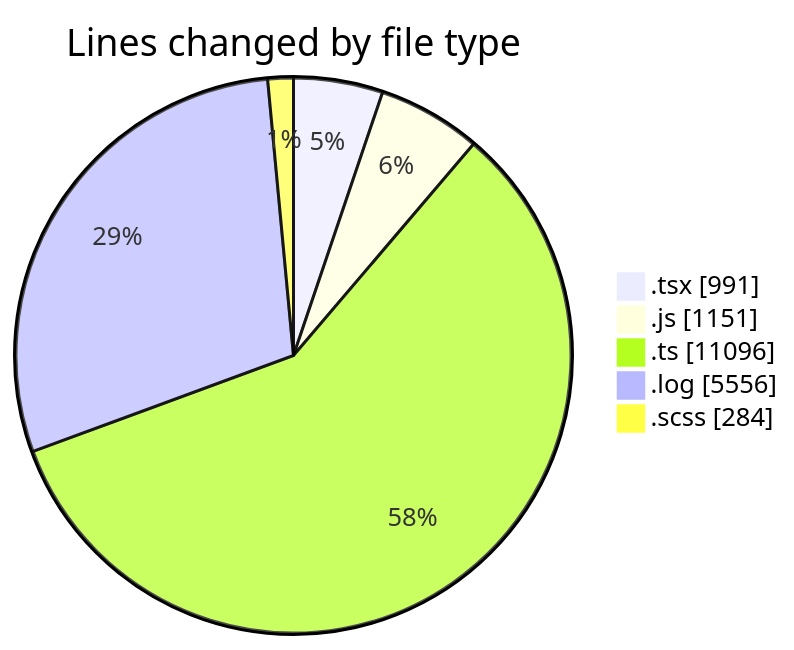
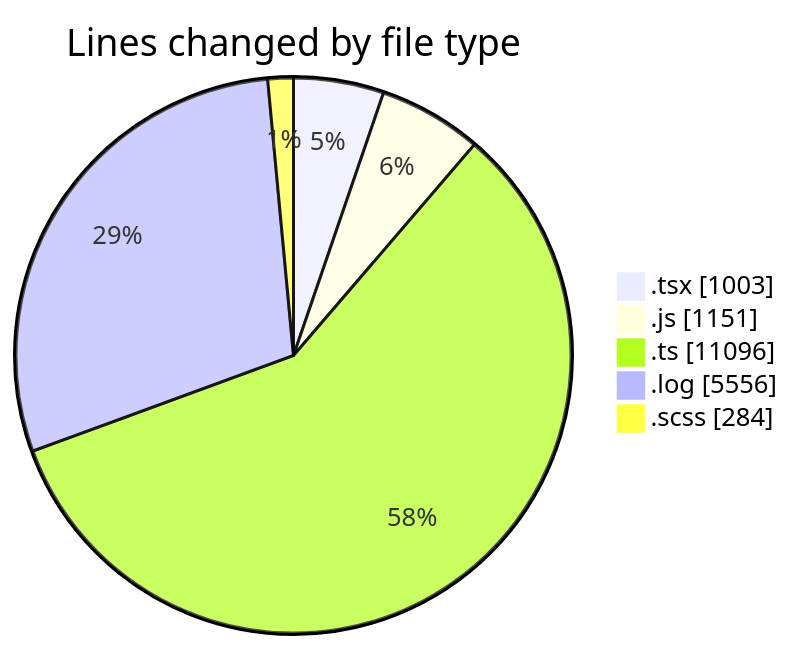
The first of 2 diagrams in 2026-04-09/cda/README.md (momahboobian/code-tracking), drawn with Mermaid before and after one commit. The commit also changed other lines of this file and 1 other file, not shown here.

````diff
--- a/2026-04-09/cda/README.md
+++ b/2026-04-09/cda/README.md
@@ -32,9 +32,9 @@
 ```mermaid
 pie showData
 title Lines changed by file type
-".tsx" : 991
+".tsx" : 1003
 ".js" : 1151
 ".ts" : 11096
 ".log" : 5556
 ".scss" : 284
 ```
````
